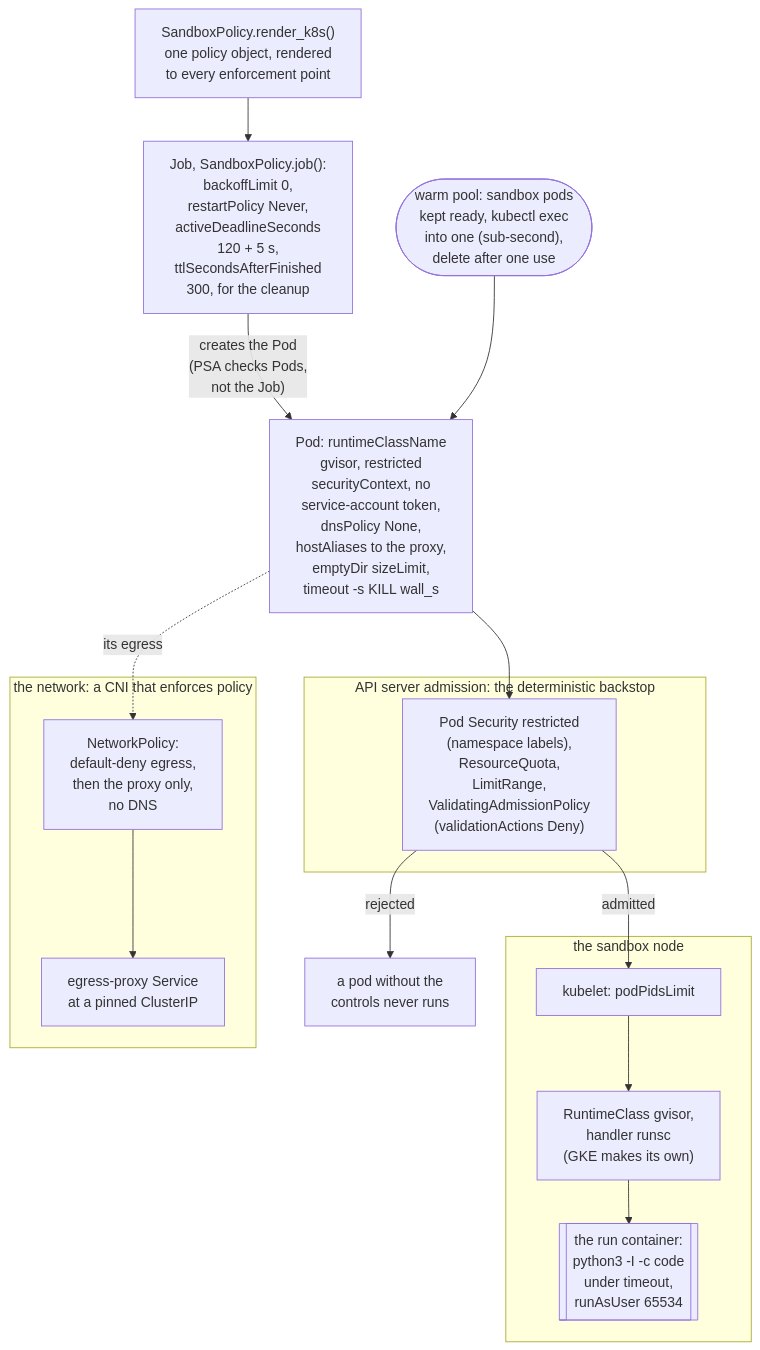
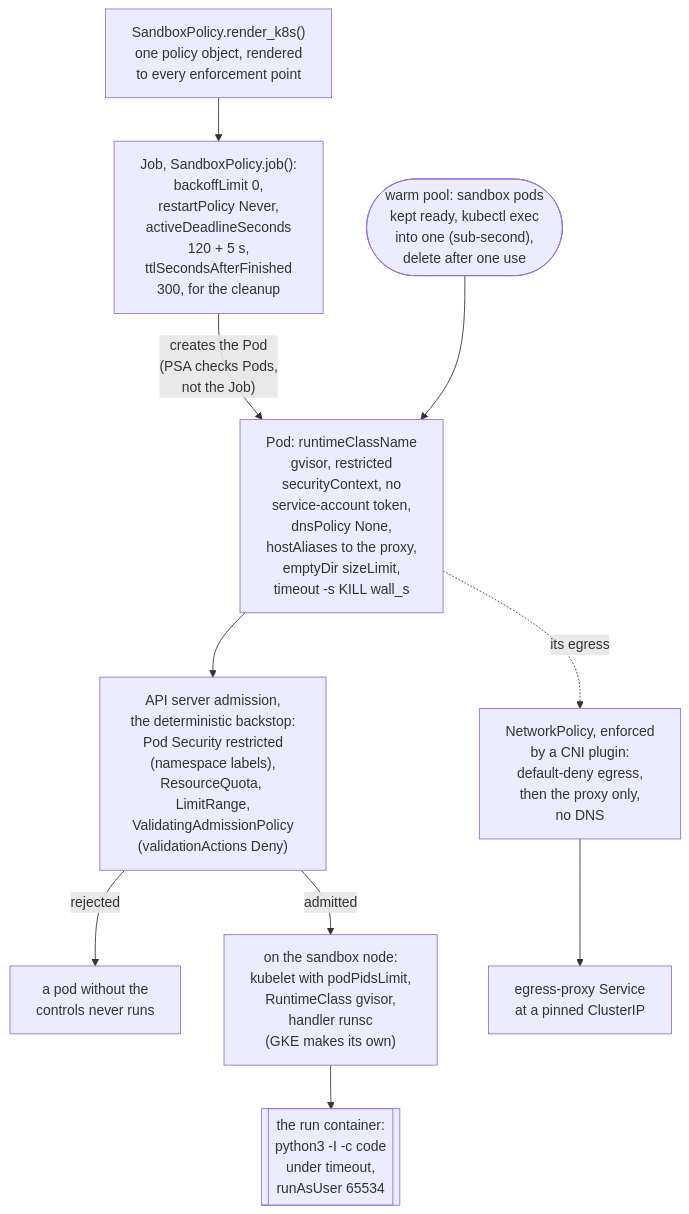
One commit to aniryou/full-stack-agentic-engineer changed the fifth of 6 diagrams in 07-application-agent-framework/sandboxed-execution/PRIMER.md. Above: the diagram before and after it, drawn with Mermaid. The commit also changed other lines of this file and 29 other files, not shown here.

````diff
--- a/07-application-agent-framework/sandboxed-execution/PRIMER.md
+++ b/07-application-agent-framework/sandboxed-execution/PRIMER.md
@@ -415,21 +414,14 @@
 ```mermaid
 flowchart TB
   POL["SandboxPolicy.render_k8s()<br/>one policy object, rendered<br/>to every enforcement point"]
   POL --> J["Job, SandboxPolicy.job():<br/>backoffLimit 0,<br/>restartPolicy Never,<br/>activeDeadlineSeconds<br/>120 + 5 s,<br/>ttlSecondsAfterFinished<br/>300, for the cleanup"]
   W(["warm pool: sandbox pods<br/>kept ready, kubectl exec<br/>into one (sub-second),<br/>delete after one use"])
   J -->|"creates the Pod<br/>(PSA checks Pods,<br/>not the Job)"| POD
   W --> POD["Pod: runtimeClassName<br/>gvisor, restricted<br/>securityContext, no<br/>service-account token,<br/>dnsPolicy None,<br/>hostAliases to the proxy,<br/>emptyDir sizeLimit,<br/>timeout -s KILL wall_s"]
-  subgraph API["API server admission: the deterministic backstop"]
-    ADM["Pod Security restricted<br/>(namespace labels),<br/>ResourceQuota,<br/>LimitRange,<br/>ValidatingAdmissionPolicy<br/>(validationActions Deny)"]
-  end
-  POD --> ADM
+  POD --> ADM["API server admission,<br/>the deterministic backstop:<br/>Pod Security restricted<br/>(namespace labels),<br/>ResourceQuota, LimitRange,<br/>ValidatingAdmissionPolicy<br/>(validationActions Deny)"]
   ADM -->|rejected| X["a pod without the<br/>controls never runs"]
-  ADM -->|admitted| K
-  subgraph NODE["the sandbox node"]
-    K["kubelet: podPidsLimit"] --> RC["RuntimeClass gvisor,<br/>handler runsc<br/>(GKE makes its own)"] --> RUN[["the run container:<br/>python3 -I -c code<br/>under timeout,<br/>runAsUser 65534"]]
-  end
-  subgraph NET["the network: a CNI that enforces policy"]
-    NP["NetworkPolicy:<br/>default-deny egress,<br/>then the proxy only,<br/>no DNS"] --> SVC["egress-proxy Service<br/>at a pinned ClusterIP"]
-  end
-  POD -.->|"its egress"| NP
+  ADM -->|admitted| K["on the sandbox node:<br/>kubelet with podPidsLimit,<br/>RuntimeClass gvisor,<br/>handler runsc<br/>(GKE makes its own)"]
+  K --> RUN[["the run container:<br/>python3 -I -c code<br/>under timeout,<br/>runAsUser 65534"]]
+  POD -.->|"its egress"| NP["NetworkPolicy, enforced<br/>by a CNI plugin:<br/>default-deny egress,<br/>then the proxy only,<br/>no DNS"]
+  NP --> SVC["egress-proxy Service<br/>at a pinned ClusterIP"]
 ```
````
